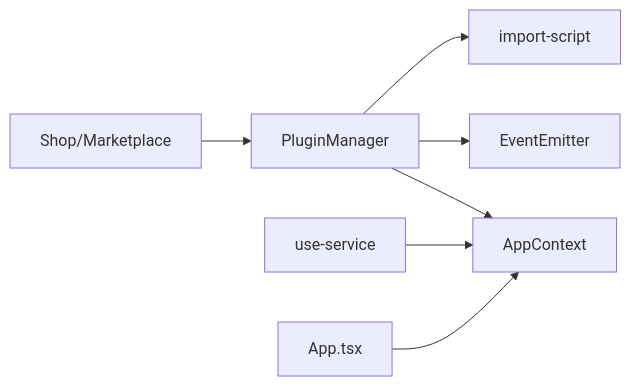
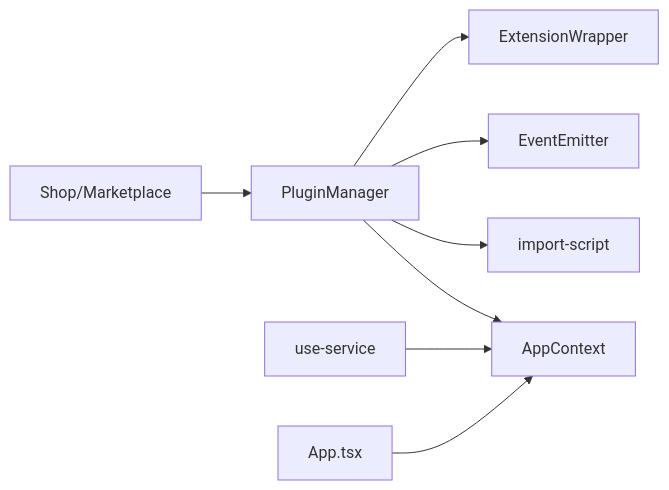
One commit to LRF0422/Kotion changed the eighth of 8 diagrams in .qoder/repowiki/zh/content/架构设计/插件系统架构/插件管理器核心.md. Above: the diagram before and after it, drawn with Mermaid. The commit also changed other lines of this file and 75 other files, not shown here.

````diff
--- a/.qoder/repowiki/zh/content/架构设计/插件系统架构/插件管理器核心.md
+++ b/.qoder/repowiki/zh/content/架构设计/插件系统架构/插件管理器核心.md
@@ -409,9 +508,10 @@
 ```mermaid
 graph LR
 PM["PluginManager"] --> IS["import-script"]
 PM --> EV["EventEmitter"]
 PM --> CTX["AppContext"]
+PM --> ET["ExtensionWrapper"]
 USV["use-service"] --> CTX
 APP["App.tsx"] --> CTX
 SHOP["Shop/Marketplace"] --> PM
 ```
````
